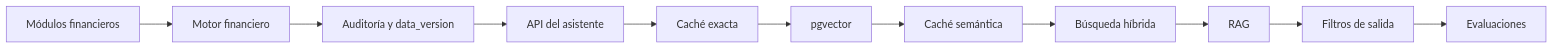
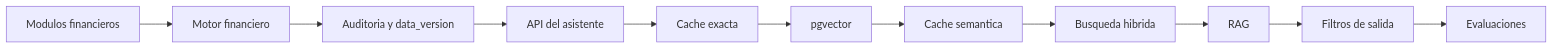
The diagram in docs/ROADMAP.md (ivancruz1988/clara-finanzas-familiares), drawn with Mermaid before and after one commit. The commit also changed other lines of this file and 41 other files, not shown here.

````diff
--- a/docs/ROADMAP.md
+++ b/docs/ROADMAP.md
@@ -41,13 +40,13 @@
 ```mermaid
 flowchart LR
-    A["Módulos financieros"] --> B["Motor financiero"]
-    B --> C["Auditoría y data_version"]
+    A["Modulos financieros"] --> B["Motor financiero"]
+    B --> C["Auditoria y data_version"]
     C --> D["API del asistente"]
-    D --> E["Caché exacta"]
+    D --> E["Cache exacta"]
     E --> F["pgvector"]
-    F --> G["Caché semántica"]
-    G --> H["Búsqueda híbrida"]
+    F --> G["Cache semantica"]
+    G --> H["Busqueda hibrida"]
     H --> I["RAG"]
     I --> J["Filtros de salida"]
     J --> K["Evaluaciones"]
 ```
````
